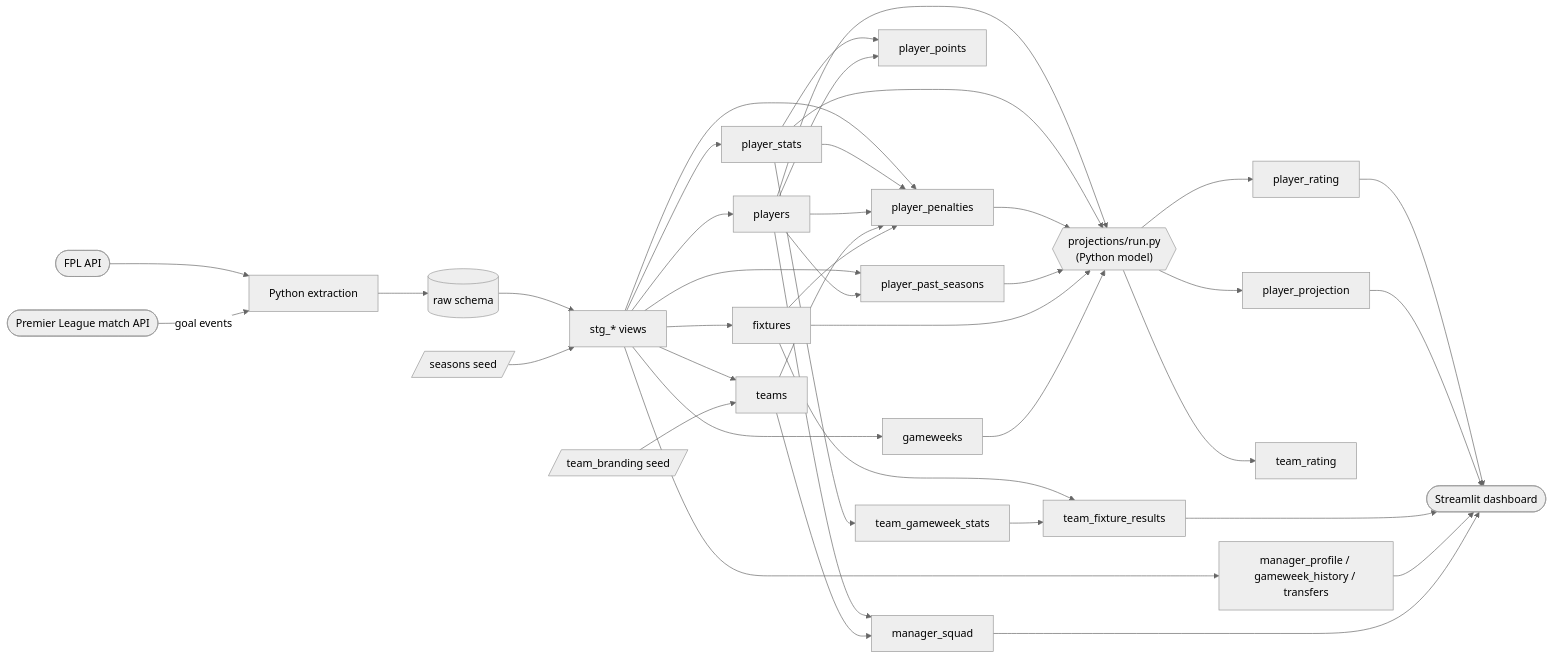
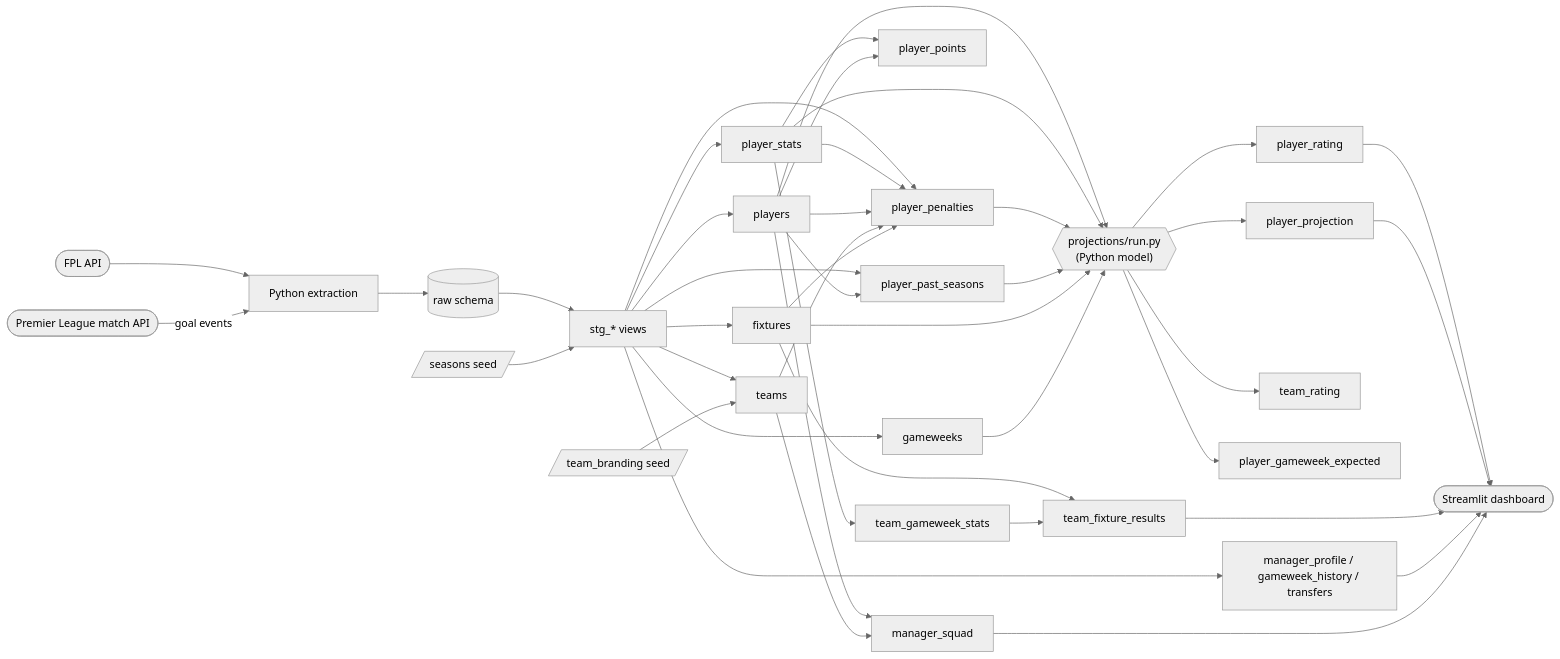
One commit to gw383/fpl-pipeline changed the first of 2 diagrams in docs/data_model.md. Above: the diagram before and after it, drawn with Mermaid (neutral theme). The commit also changed other lines of this file and 23 other files, not shown here.

````diff
--- a/docs/data_model.md
+++ b/docs/data_model.md
@@ -13,31 +13,31 @@
 ```mermaid
 flowchart LR
     api([FPL API]) --> ingest[Python extraction]
     plapi([Premier League match API]) -->|goal events| ingest
     ingest --> raw[(raw schema)]
     raw --> stg[stg_* views]
     seasons[/seasons seed/] --> stg
 
     stg --> players & teams & gameweeks & fixtures & player_stats
     branding[/team_branding seed/] --> teams
 
     player_stats --> player_points
     players --> player_points
     player_stats --> team_gameweek_stats
     fixtures --> team_fixture_results
     team_gameweek_stats --> team_fixture_results
 
     stg --> player_penalties
     player_stats & players & teams & fixtures --> player_penalties
     stg --> player_past_seasons
     players --> player_past_seasons
 
     players & player_stats & player_penalties & player_past_seasons & fixtures & gameweeks --> model{{"projections/run.py<br/>(Python model)"}}
-    model --> player_rating & player_projection & team_rating
+    model --> player_rating & player_projection & team_rating & player_gameweek_expected
 
     stg --> managers[manager_profile / gameweek_history / transfers]
     players --> manager_squad
     teams --> manager_squad
 
     player_rating & player_projection & team_fixture_results & managers & manager_squad --> dash([Streamlit dashboard])
 ```
````
